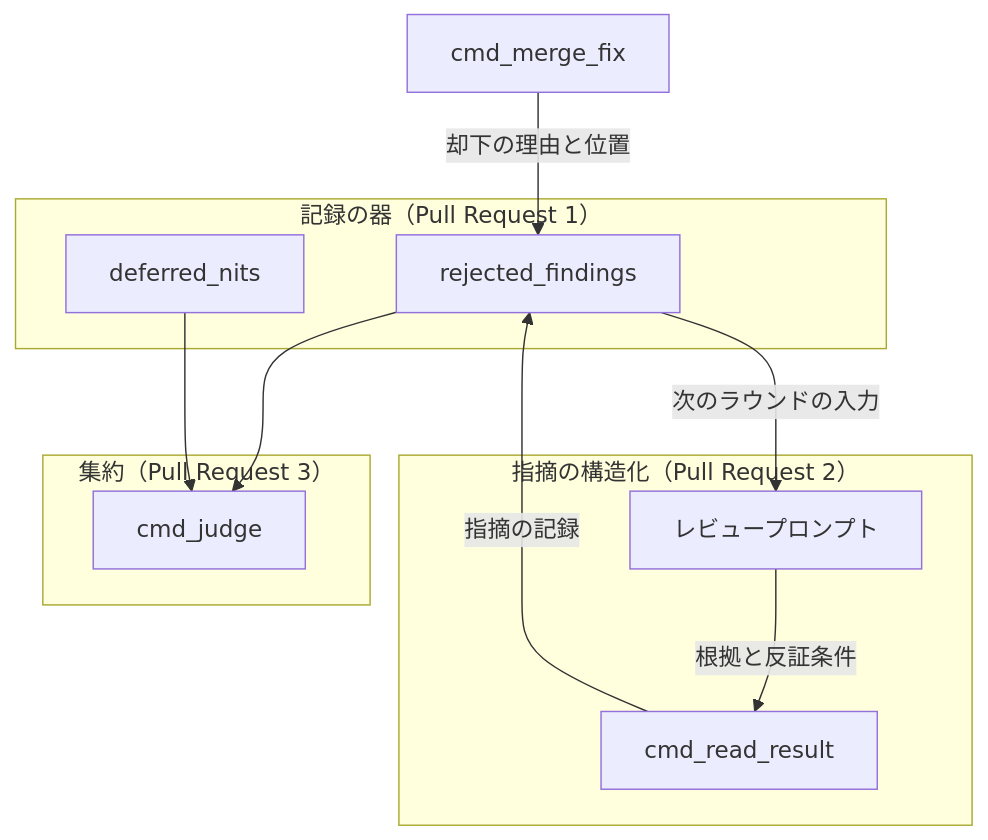
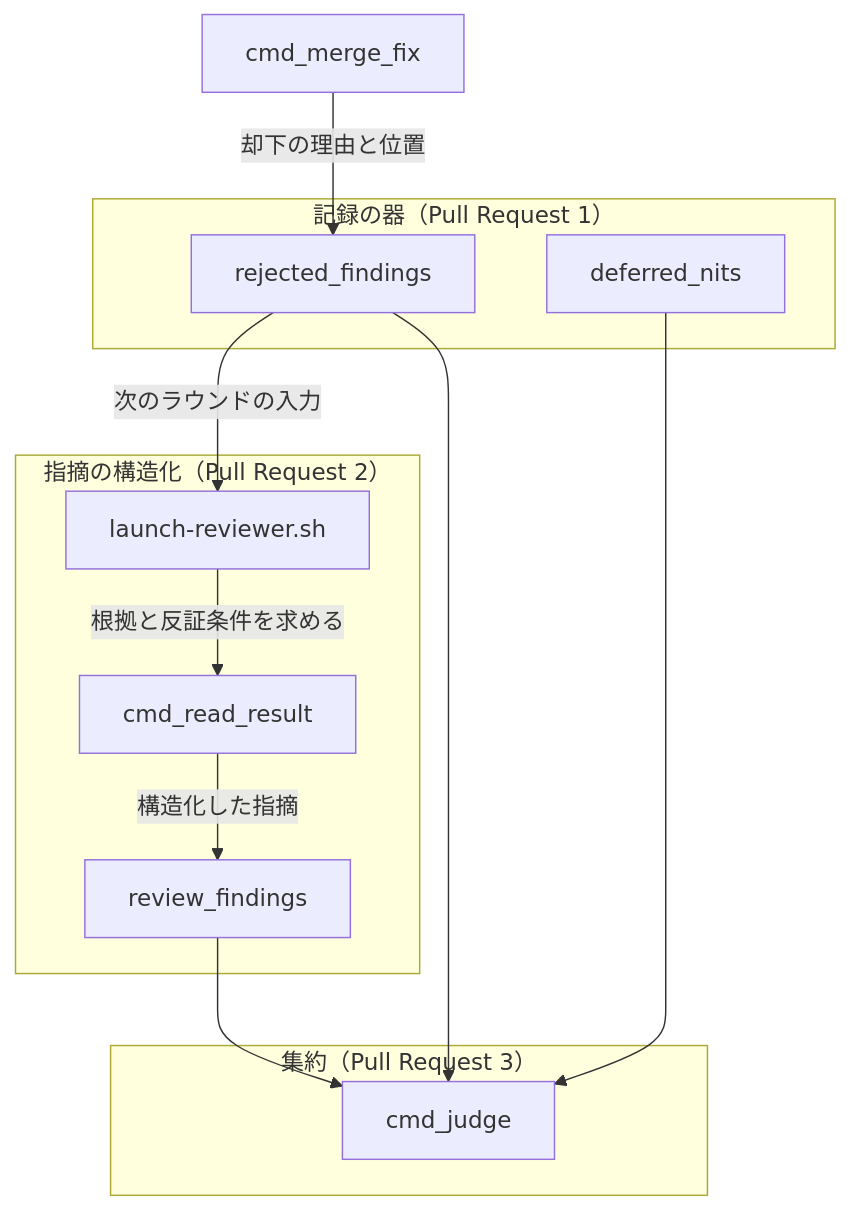
The first of 3 diagrams in issues/issue-156-design.md (devbasex/ai-plugins), drawn with Mermaid before and after one commit. The commit also changed other lines of this file and 1 other file, not shown here.

First line of the commit message:
Fix: 設計文書の行番号・図・責務境界の食い違いを直す（#156）

````diff
--- a/issues/issue-156-design.md
+++ b/issues/issue-156-design.md
@@ -46,20 +47,22 @@
 ```mermaid
 graph TD
     subgraph 記録["記録の器（Pull Request 1）"]
         RJ[rejected_findings]
         DN[deferred_nits]
     end
     subgraph 発見["指摘の構造化（Pull Request 2）"]
-        PR2[レビュープロンプト]
+        LR[launch-reviewer.sh]
         RR[cmd_read_result]
+        FD[review_findings]
     end
     subgraph 判定["集約（Pull Request 3）"]
         JG[cmd_judge]
     end
-    PR2 -->|根拠と反証条件| RR
-    RR -->|指摘の記録| RJ
+    LR -->|根拠と反証条件を求める| RR
+    RR -->|構造化した指摘| FD
     FX[cmd_merge_fix] -->|却下の理由と位置| RJ
-    RJ -->|次のラウンドの入力| PR2
+    RJ -->|次のラウンドの入力| LR
     RJ --> JG
     DN --> JG
+    FD --> JG
 ```
````
